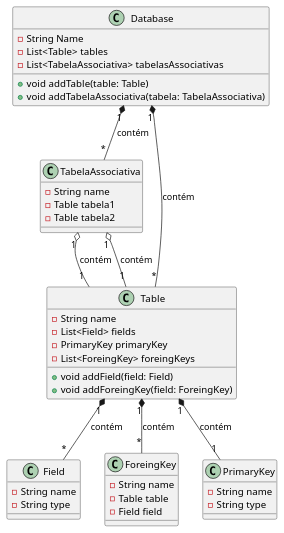
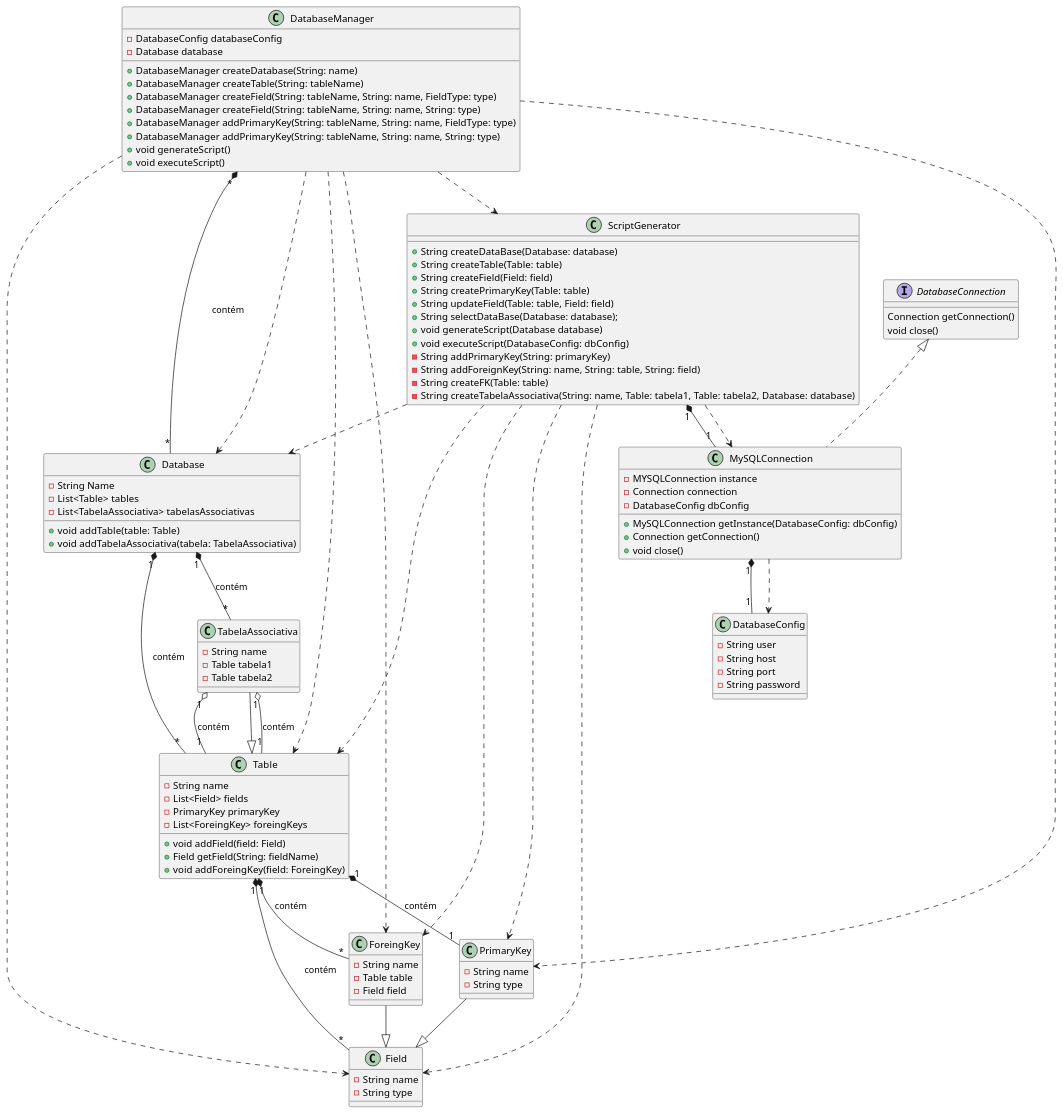
Before and after one commit to navestelar/database-generator: the diagram in diagrama.plantuml, drawn with PlantUML.

Commit message:
updating diagrama

```diff
--- a/diagrama.plantuml
+++ b/diagrama.plantuml
@@ -1,50 +1,125 @@
 @startuml Diagrama
   class Database {
     -String Name
     -List<Table> tables
     -List<TabelaAssociativa> tabelasAssociativas
 
     +void addTable(table: Table)
     +void addTabelaAssociativa(tabela: TabelaAssociativa)
   }
 
   class Field {
     -String name
     -String type
   }
 
   class ForeingKey {
     -String name
     -Table table
     -Field field
   }
 
   class PrimaryKey {
     -String name
     -String type
   }
 
   class TabelaAssociativa {
     -String name
     -Table tabela1
     -Table tabela2
   }
 
+  class DatabaseConfig {
+    -String user
+    -String host
+    -String port
+    -String password
+  }
+
+  interface DatabaseConnection {
+    Connection getConnection()
+    void close()
+  }
+
+  class MySQLConnection implements DatabaseConnection {
+    -MYSQLConnection instance
+    -Connection connection
+    -DatabaseConfig dbConfig
+
+    +MySQLConnection getInstance(DatabaseConfig: dbConfig)
+    +Connection getConnection()
+    +void close()
+  }
+
+  class DatabaseManager {
+    -DatabaseConfig databaseConfig
+    -Database database
+
+    +DatabaseManager createDatabase(String: name)
+    +DatabaseManager createTable(String: tableName)
+    +DatabaseManager createField(String: tableName, String: name, FieldType: type)
+    +DatabaseManager createField(String: tableName, String: name, String: type)
+    +DatabaseManager addPrimaryKey(String: tableName, String: name, FieldType: type)
+    +DatabaseManager addPrimaryKey(String: tableName, String: name, String: type)
+    +void generateScript()
+    +void executeScript()
+  } 
+
+  class ScriptGenerator {
+    +String createDataBase(Database: database)
+    +String createTable(Table: table)
+    +String createField(Field: field)
+    +String createPrimaryKey(Table: table)
+    +String updateField(Table: table, Field: field)
+    +String selectDataBase(Database: database);
+    +void generateScript(Database database)
+    +void executeScript(DatabaseConfig: dbConfig)
+    -String addPrimaryKey(String: primaryKey)
+    -String addForeignKey(String: name, String: table, String: field)
+    -String createFK(Table: table)
+    -String createTabelaAssociativa(String: name, Table: tabela1, Table: tabela2, Database: database)
+  }
+
   class Table {
     -String name
     -List<Field> fields
     -PrimaryKey primaryKey
     -List<ForeingKey> foreingKeys
 
     +void addField(field: Field)
+    +Field getField(String: fieldName)
     +void addForeingKey(field: ForeingKey)
   }
 
   Database "1" *-- "*" Table : contém
   Database "1" *-- "*" TabelaAssociativa : contém
   Table "1" *-- "*" Field : contém
   Table "1" *-- "1" PrimaryKey : contém
   Table "1" *-- "*" ForeingKey : contém
   TabelaAssociativa "1" o-- "1" Table : contém
   TabelaAssociativa "1" o-- "1" Table : contém
+  ScriptGenerator "1" *-- "1" MySQLConnection
+  MySQLConnection "1" *-- "1" DatabaseConfig
+  DatabaseManager "*" *-- "*" Database : contém
+  DatabaseManager ..> ScriptGenerator
+
+  ScriptGenerator ..> MySQLConnection
+  ForeingKey --|> Field
+  PrimaryKey --|> Field
+  TabelaAssociativa --|> Table
+  MySQLConnection ..> DatabaseConfig
+  ScriptGenerator ..> Table
+  ScriptGenerator ..> Field
+  ScriptGenerator ..> Database
+  ScriptGenerator ..> PrimaryKey
+  ScriptGenerator ..> ForeingKey
+  DatabaseManager ..> Table
+  DatabaseManager ..> Field
+  DatabaseManager ..> Database
+  DatabaseManager ..> PrimaryKey
+  DatabaseManager ..> ForeingKey
+  
+
+
 @enduml
```
